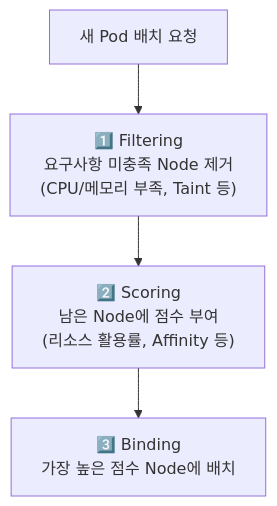
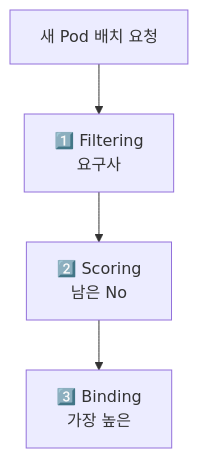
The second of 2 diagrams in _posts/cloud/2026-05-01-kubernetes.md (yjkim2015/yjkim2015.github.io), drawn with Mermaid before and after one commit. The commit also changed 271 other files, not shown here.

First line of the commit message:
Mermaid 라벨 축소: 긴 노드 텍스트 18자 이하로 트림 + \n 제거

````diff
--- a/_posts/cloud/2026-05-01-kubernetes.md
+++ b/_posts/cloud/2026-05-01-kubernetes.md
@@ -213,6 +213,6 @@
 ```mermaid
 graph TD
-    POD["새 Pod 배치 요청"] --> F["1️⃣ Filtering\n요구사항 미충족 Node 제거\n(CPU/메모리 부족, Taint 등)"]
-    F --> S["2️⃣ Scoring\n남은 Node에 점수 부여\n(리소스 활용률, Affinity 등)"]
-    S --> B["3️⃣ Binding\n가장 높은 점수 Node에 배치"]
+    POD["새 Pod 배치 요청"] --> F["1️⃣ Filtering\n요구사"]
+    F --> S["2️⃣ Scoring\n남은 No"]
+    S --> B["3️⃣ Binding\n가장 높은"]
 ```
````
